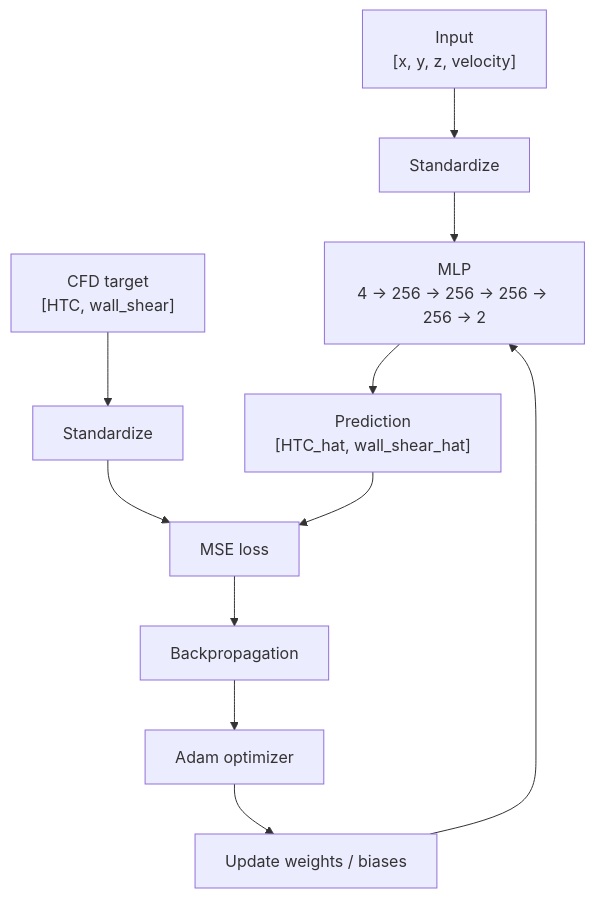
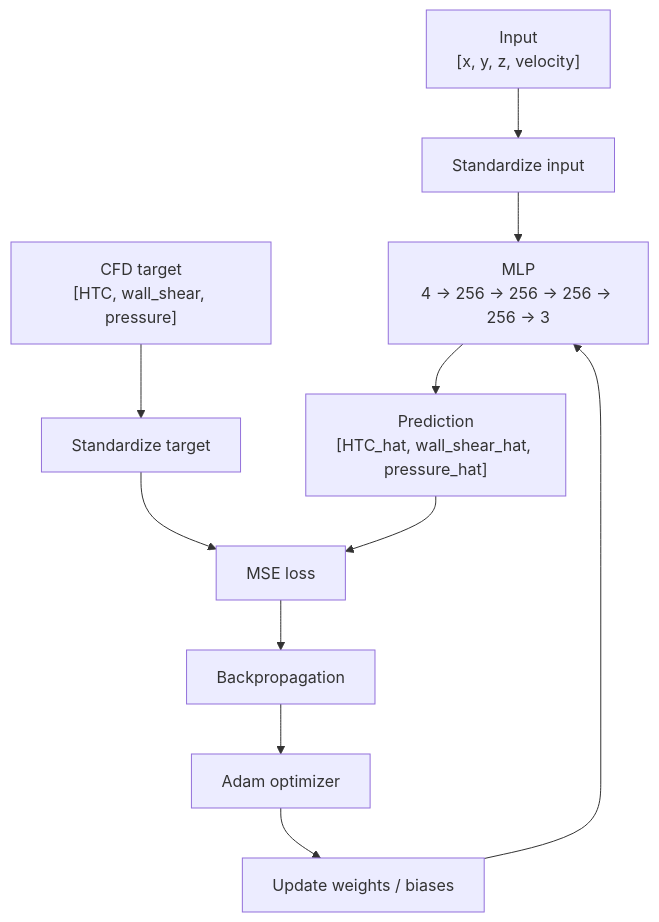
Before and after one commit to hehong01/ai-cfd-flow-prediction: the first of 2 diagrams in 05_model_training/README.md, drawn with Mermaid. The commit also changed other lines of this file and 25 other files, not shown here.

Commit message:
Finalize three-target AI-CFD pipeline

````diff
--- a/05_model_training/README.md
+++ b/05_model_training/README.md
@@ -140,15 +151,15 @@
 ```mermaid
 flowchart TD
-    A["Input<br/>[x, y, z, velocity]"] --> B["Standardize"]
-    B --> C["MLP<br/>4 → 256 → 256 → 256 → 256 → 2"]
-    C --> D["Prediction<br/>[HTC_hat, wall_shear_hat]"]
+    A["Input<br/>[x, y, z, velocity]"] --> B["Standardize input"]
+    B --> C["MLP<br/>4 → 256 → 256 → 256 → 256 → 3"]
+    C --> D["Prediction<br/>[HTC_hat, wall_shear_hat, pressure_hat]"]
 
-    E["CFD target<br/>[HTC, wall_shear]"] --> F["Standardize"]
+    E["CFD target<br/>[HTC, wall_shear, pressure]"] --> F["Standardize target"]
     F --> G["MSE loss"]
     D --> G
 
     G --> H["Backpropagation"]
     H --> I["Adam optimizer"]
     I --> J["Update weights / biases"]
     J --> C
 ```
````
